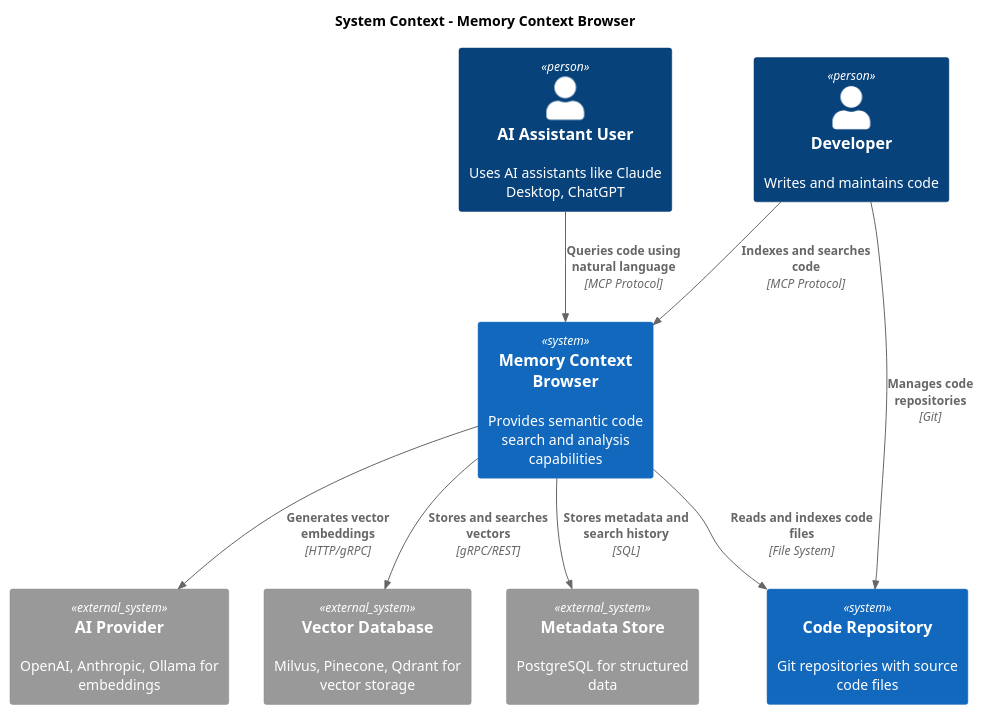
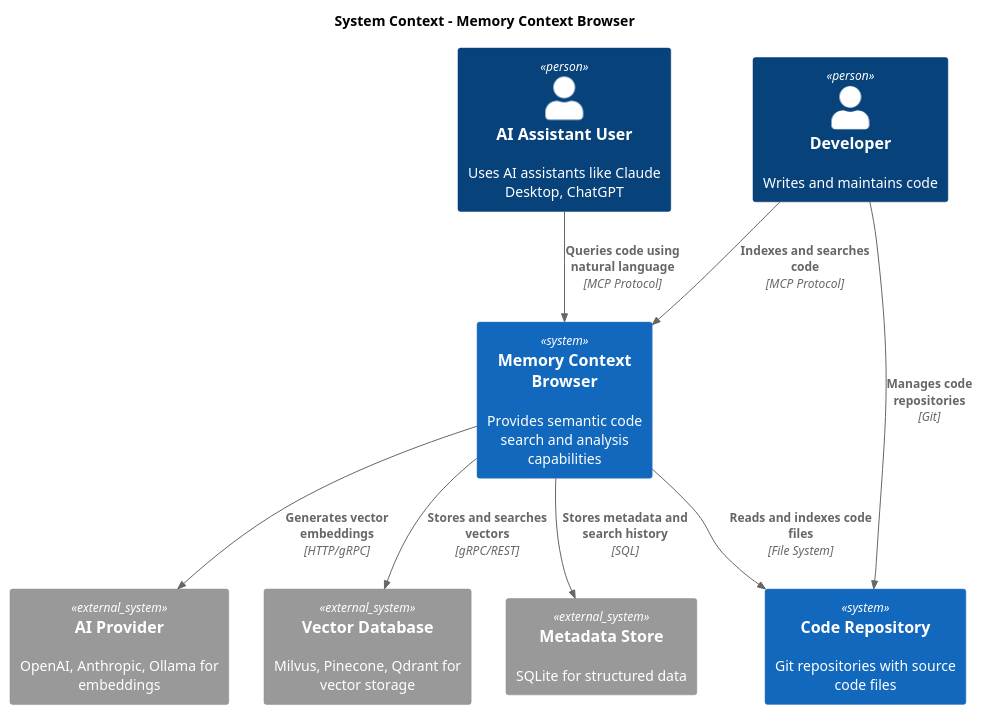
The diagram in docs/diagrams/system-context.puml (marlonsc/mcb), drawn with PlantUML before and after one commit. The commit also changed 153 other files, not shown here.

```diff
--- a/docs/diagrams/system-context.puml
+++ b/docs/diagrams/system-context.puml
@@ -1,24 +1,24 @@
 @startuml System Context - Memory Context Browser
 !include <C4/C4_Container>
 
 title System Context - Memory Context Browser
 
 Person(ai_user, "AI Assistant User", "Uses AI assistants like Claude Desktop, ChatGPT")
 Person(developer, "Developer", "Writes and maintains code")
 
 System(mcp_server, "Memory Context Browser", "Provides semantic code search and analysis capabilities")
 System(codebase, "Code Repository", "Git repositories with source code files")
 System_Ext(ai_provider, "AI Provider", "OpenAI, Anthropic, Ollama for embeddings")
 System_Ext(vector_db, "Vector Database", "Milvus, Pinecone, Qdrant for vector storage")
-System_Ext(metadata_store, "Metadata Store", "PostgreSQL for structured data")
+System_Ext(metadata_store, "Metadata Store", "SQLite for structured data")
 
 Rel(ai_user, mcp_server, "Queries code using natural language", "MCP Protocol")
 Rel(developer, mcp_server, "Indexes and searches code", "MCP Protocol")
 Rel(developer, codebase, "Manages code repositories", "Git")
 
 Rel(mcp_server, codebase, "Reads and indexes code files", "File System")
 Rel(mcp_server, ai_provider, "Generates vector embeddings", "HTTP/gRPC")
 Rel(mcp_server, vector_db, "Stores and searches vectors", "gRPC/REST")
 Rel(mcp_server, metadata_store, "Stores metadata and search history", "SQL")
 
 @enduml
```
